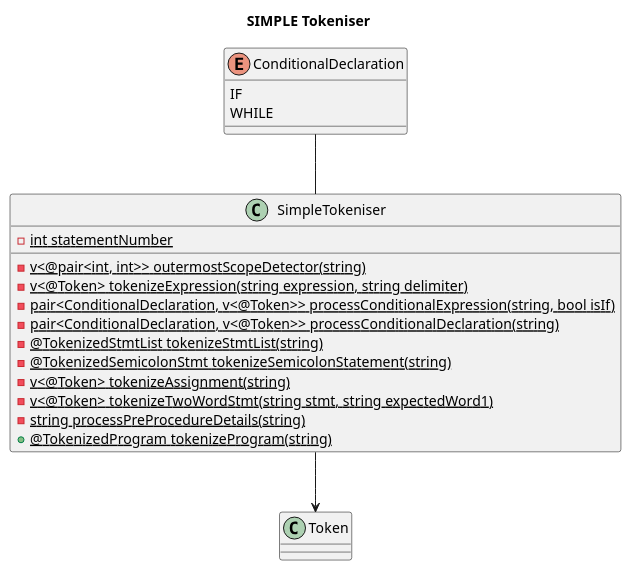
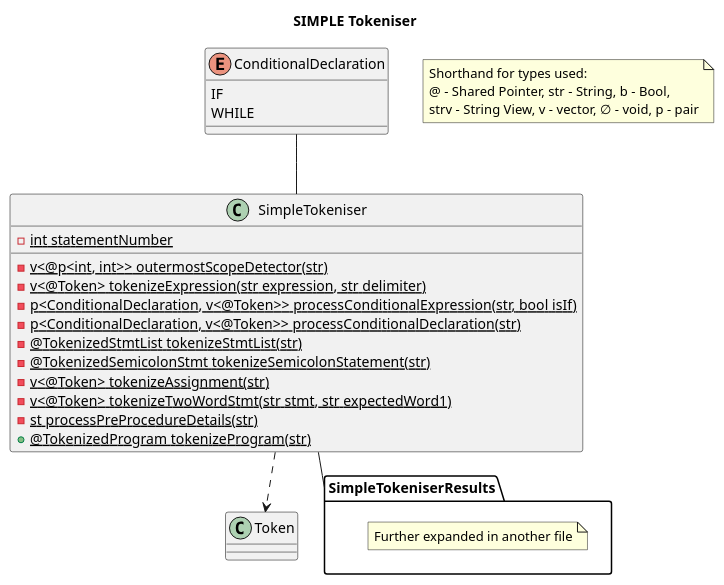
Before and after one commit to NicsunXnus/SoftwareEngineeringProject: the diagram in Team18/Docs/SP/DiagramsV2/TokeniserOverview/SIMPLETokeniser.puml, drawn with PlantUML. The commit also changed 7 other files, not shown here.

```diff
--- a/Team18/Docs/SP/DiagramsV2/TokeniserOverview/SIMPLETokeniser.puml
+++ b/Team18/Docs/SP/DiagramsV2/TokeniserOverview/SIMPLETokeniser.puml
@@ -1,29 +1,41 @@
 @startuml
 ' !include ../style.puml
 skinparam ClassFontColor #000000
 skinparam ClassBorderColor #000000
 
 title SIMPLE Tokeniser
 
 enum ConditionalDeclaration {
     IF 
     WHILE
 }
 
+note as n1
+    Shorthand for types used:
+    @ - Shared Pointer, str - String, b - Bool,
+    strv - String View, v - vector, ∅ - void, p - pair
+end note
+
 Class SimpleTokeniser {
     {static} - int statementNumber
-    {static} - v<@pair<int, int>> outermostScopeDetector(string)
-    {static} - v<@Token> tokenizeExpression(string expression, string delimiter)
-    {static} - pair<ConditionalDeclaration, v<@Token>> processConditionalExpression(string, bool isIf)
-    {static} - pair<ConditionalDeclaration, v<@Token>> processConditionalDeclaration(string)
-    {static} - @TokenizedStmtList tokenizeStmtList(string)
-    {static} - @TokenizedSemicolonStmt tokenizeSemicolonStatement(string)
-    {static} - v<@Token> tokenizeAssignment(string)
-    {static} - v<@Token> tokenizeTwoWordStmt(string stmt, string expectedWord1)
-    {static} - string processPreProcedureDetails(string)
-    {static} + @TokenizedProgram tokenizeProgram(string)
+    {static} - v<@p<int, int>> outermostScopeDetector(str)
+    {static} - v<@Token> tokenizeExpression(str expression, str delimiter)
+    {static} - p<ConditionalDeclaration, v<@Token>> processConditionalExpression(str, bool isIf)
+    {static} - p<ConditionalDeclaration, v<@Token>> processConditionalDeclaration(str)
+    {static} - @TokenizedStmtList tokenizeStmtList(str)
+    {static} - @TokenizedSemicolonStmt tokenizeSemicolonStatement(str)
+    {static} - v<@Token> tokenizeAssignment(str)
+    {static} - v<@Token> tokenizeTwoWordStmt(str stmt, str expectedWord1)
+    {static} - st processPreProcedureDetails(str)
+    {static} + @TokenizedProgram tokenizeProgram(str)
+}
+package SimpleTokeniserResults {
+    note as n2
+        Further expanded in another file
+    end note
 }
 
-SimpleTokeniser --> Token
+SimpleTokeniser ..> Token
+SimpleTokeniser -- SimpleTokeniserResults
 ConditionalDeclaration -- SimpleTokeniser
 @enduml
```
